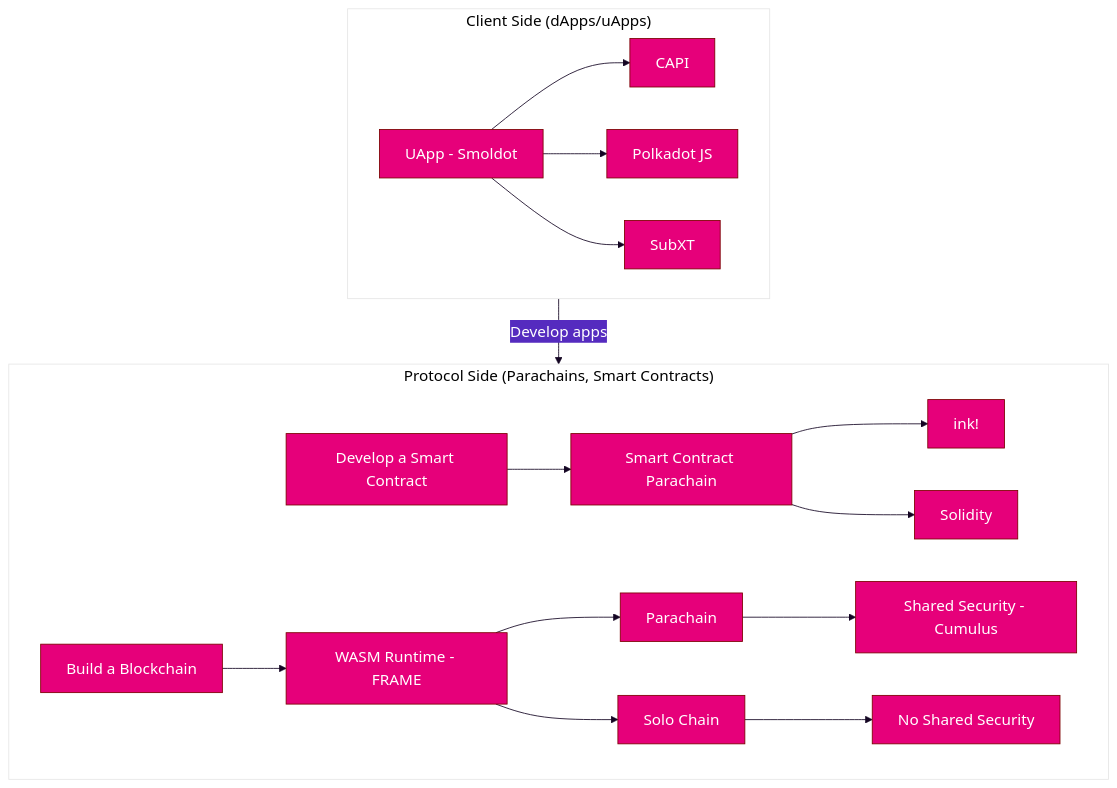
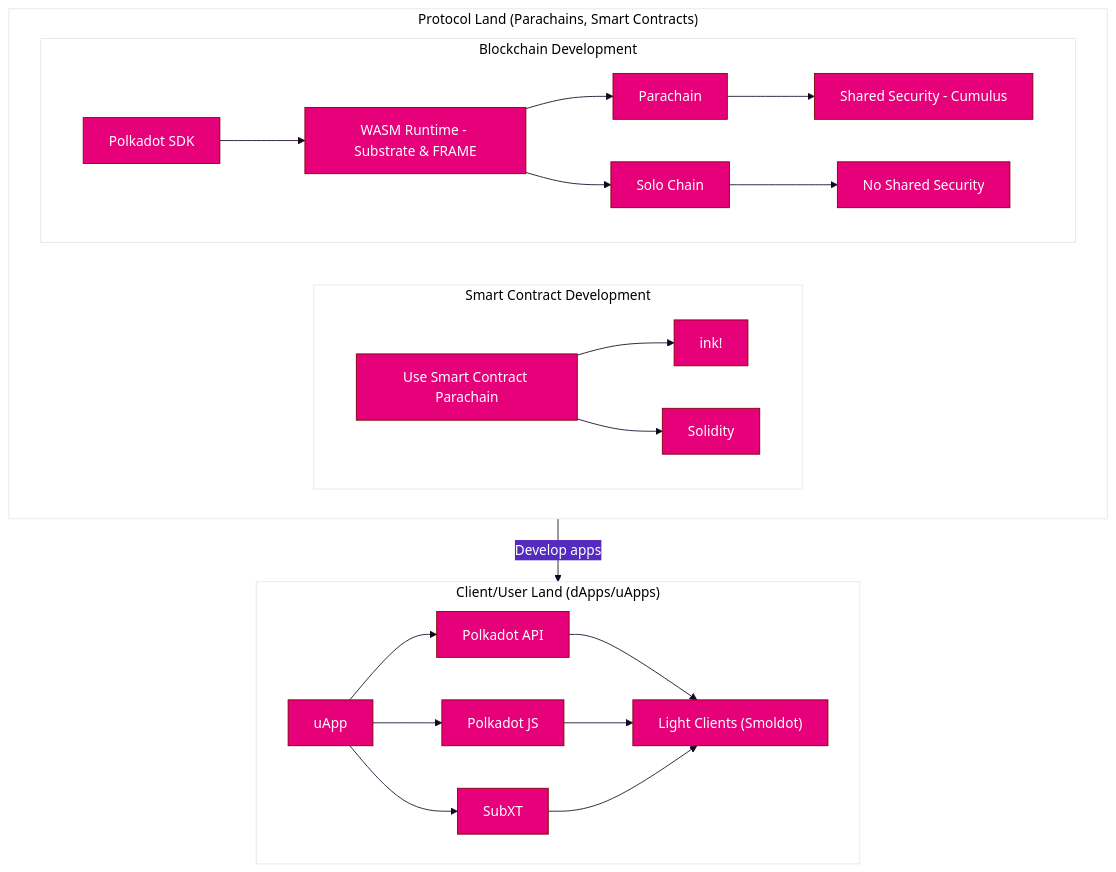
The diagram in docs/build/build-guide.md (w3f/polkadot-wiki), drawn with Mermaid before and after one commit. The commit also changed 1 other file, not shown here.

Commit message:
Minor Build Reorg Refactor (#5415)
* minor changes

* minor changes + polish

````diff
--- a/docs/build/build-guide.md
+++ b/docs/build/build-guide.md
@@ -45,37 +45,47 @@
 ```mermaid
 %%{
   init: {
     'theme': 'base',
     'themeVariables': {
       'fontFamily': 'Unbounded',
       'primaryColor': '#E6007A',
-      'fontSize': '18px',
+      'fontSize': '16px',
       'primaryTextColor': '#fff',
       'primaryBorderColor': '#7C0000',
       'lineColor': '#140523',
       'secondaryColor': '#552BBF',
       'tertiaryColor': '#fff'
     }
   }
 }%%
 flowchart TB
-    subgraph PL ["Protocol Side (Parachains, Smart Contracts)"]
-        ST[Build a Blockchain]
-        BSC[Develop a Smart Contract] --> SC[Smart Contract Parachain]
-        SC --> ink!
-        SC --> Solidity
-        ST --> R[WASM Runtime - FRAME]
-        R -->Parachain["Parachain"]-->SSC["Shared Security - Cumulus"]
-        R -->SoloChain[Solo Chain]-->NSS["No Shared Security"]
+    subgraph PL ["Protocol Land (Parachains, Smart Contracts)"]
+
+        subgraph SCD ["Smart Contract Development"]
+          direction LR
+          SC["Use Smart Contract Parachain"]
+          SC --> ink!
+          SC --> Solidity
+        end
+
+        subgraph PSL ["Blockchain Development"]
+           direction LR
+           PS["Polkadot SDK"] --> R[WASM Runtime - Substrate & FRAME]
+           R -->Parachain["Parachain"]-->SSC["Shared Security - Cumulus"]
+           R -->SoloChain[Solo Chain]-->NSS["No Shared Security"]
+        end
     end
 
-    CS-->| Develop apps| PL
+    PL-->| Develop apps| CS
 
-    subgraph CS ["Client Side (dApps/uApps)"]
-        UA[UApp - Smoldot]
-        UA --> CAPI
+    subgraph CS ["Client/User Land (dApps/uApps)"]
+        LC["Light Clients (Smoldot)"]
+        UA[uApp]
+        UA --> PAPI[Polkadot API]
         UA --> PJS[Polkadot JS]
         UA --> SubXT
-        SubXT
+        PAPI --> LC
+        PJS --> LC
+        SubXT --> LC
     end
 ```
````
